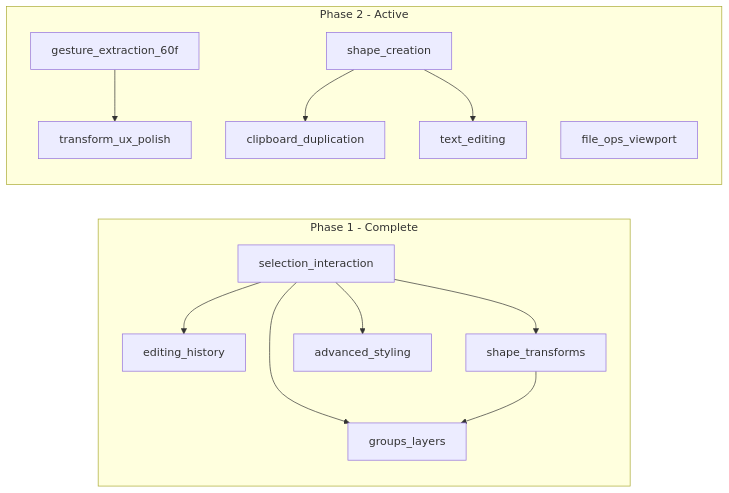
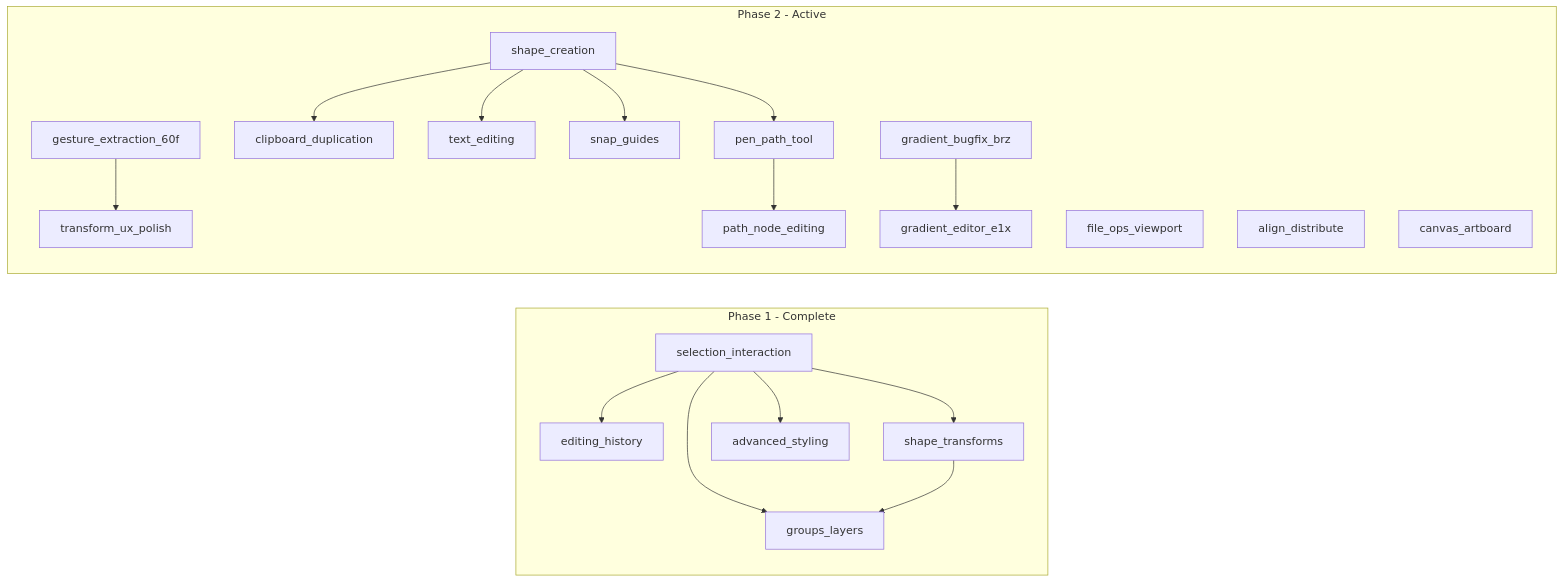
Before and after one commit to nbeckindy/svg-editor: the diagram in plans/ROADMAP.md, drawn with Mermaid. The commit also changed other lines of this file and 10 other files, not shown here.

First line of the commit message:
feat(roadmap): expand MVP roadmap with new epics and refined story breakdowns

````diff
--- a/plans/ROADMAP.md
+++ b/plans/ROADMAP.md
@@ -44,27 +52,38 @@
 ```mermaid
 flowchart LR
   subgraph phase1 [Phase 1 - Complete]
     e1[selection_interaction]
     e2[editing_history]
     e3[shape_transforms]
     e4[groups_layers]
     e5[advanced_styling]
     e1 --> e2
     e1 --> e3
     e1 --> e4
     e3 --> e4
     e1 --> e5
   end
 
   subgraph phase2 [Phase 2 - Active]
     refactor[gesture_extraction_60f]
     e6[transform_ux_polish]
     e7[shape_creation]
     e8[clipboard_duplication]
     e9[file_ops_viewport]
     e10[text_editing]
+    e11[align_distribute]
+    e12[snap_guides]
+    e13[pen_path_tool]
+    e14[canvas_artboard]
+    e15[path_node_editing]
+    bugfix_brz[gradient_bugfix_brz]
+    gradient_e1x[gradient_editor_e1x]
     refactor --> e6
     e7 --> e8
     e7 --> e10
+    e7 --> e12
+    e7 --> e13
+    e13 --> e15
+    bugfix_brz --> gradient_e1x
   end
 ```
````
